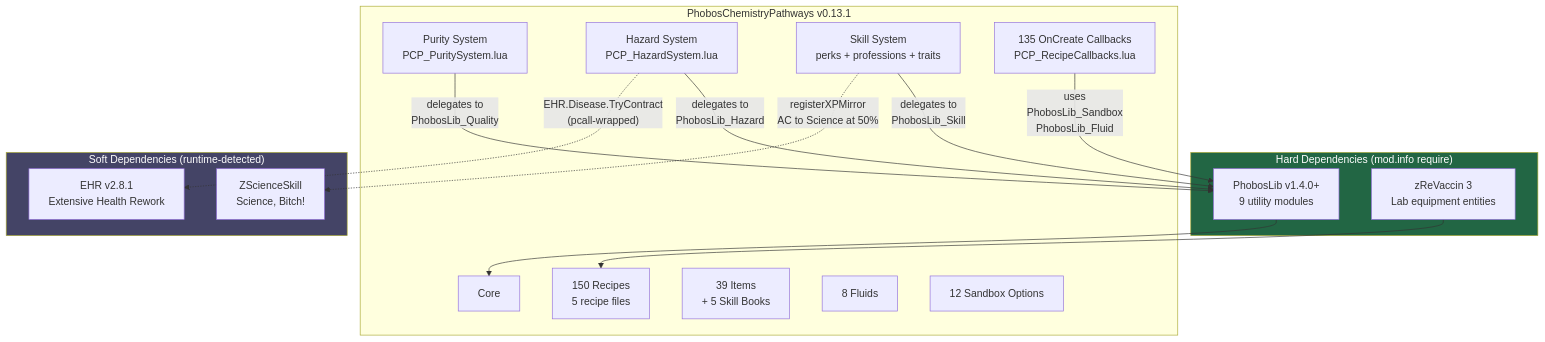
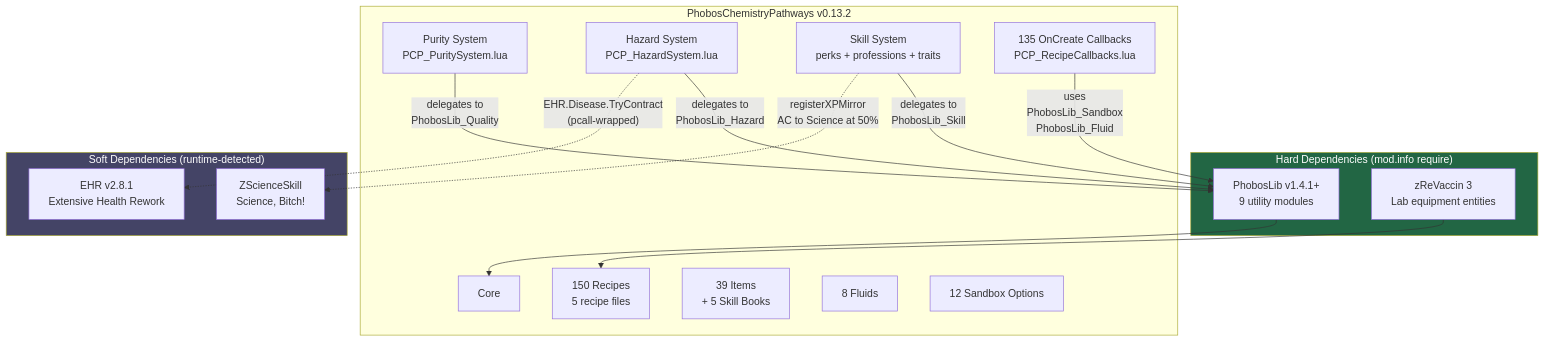
The first of 5 diagrams in docs/diagrams/architecture.md (phobos-dthorga/mod-pz-chemistry-pathways), drawn with Mermaid before and after one commit. The commit also changed other lines of this file and 13 other files, not shown here.

````diff
--- a/docs/diagrams/architecture.md
+++ b/docs/diagrams/architecture.md
@@ -7,38 +7,38 @@
 ```mermaid
 graph TB
     subgraph HARD["Hard Dependencies (mod.info require)"]
-        PL["PhobosLib v1.4.0+<br/>9 utility modules"]
+        PL["PhobosLib v1.4.1+<br/>9 utility modules"]
         ZR["zReVaccin 3<br/>Lab equipment entities"]
     end
 
-    subgraph PCP["PhobosChemistryPathways v0.13.1"]
+    subgraph PCP["PhobosChemistryPathways v0.13.2"]
         CORE["Core"]
         REC["150 Recipes<br/>5 recipe files"]
         ITEMS["39 Items<br/>+ 5 Skill Books"]
         FLUIDS["8 Fluids"]
         SB["12 Sandbox Options"]
         PURITY["Purity System<br/>PCP_PuritySystem.lua"]
         HAZARD["Hazard System<br/>PCP_HazardSystem.lua"]
         SKILL["Skill System<br/>perks + professions + traits"]
         CALLBACKS["135 OnCreate Callbacks<br/>PCP_RecipeCallbacks.lua"]
     end
 
     subgraph SOFT["Soft Dependencies (runtime-detected)"]
         ZSS["ZScienceSkill<br/>Science, Bitch!"]
         EHR["EHR v2.8.1<br/>Extensive Health Rework"]
     end
 
     PL --> CORE
     ZR --> REC
 
     PURITY -->|"delegates to<br/>PhobosLib_Quality"| PL
     HAZARD -->|"delegates to<br/>PhobosLib_Hazard"| PL
     SKILL -->|"delegates to<br/>PhobosLib_Skill"| PL
     CALLBACKS -->|"uses<br/>PhobosLib_Sandbox<br/>PhobosLib_Fluid"| PL
 
     HAZARD -.->|"EHR.Disease.TryContract<br/>(pcall-wrapped)"| EHR
     SKILL -.->|"registerXPMirror<br/>AC to Science at 50%"| ZSS
 
     style HARD fill:#264,color:#fff
     style SOFT fill:#446,color:#fff
 ```
````
